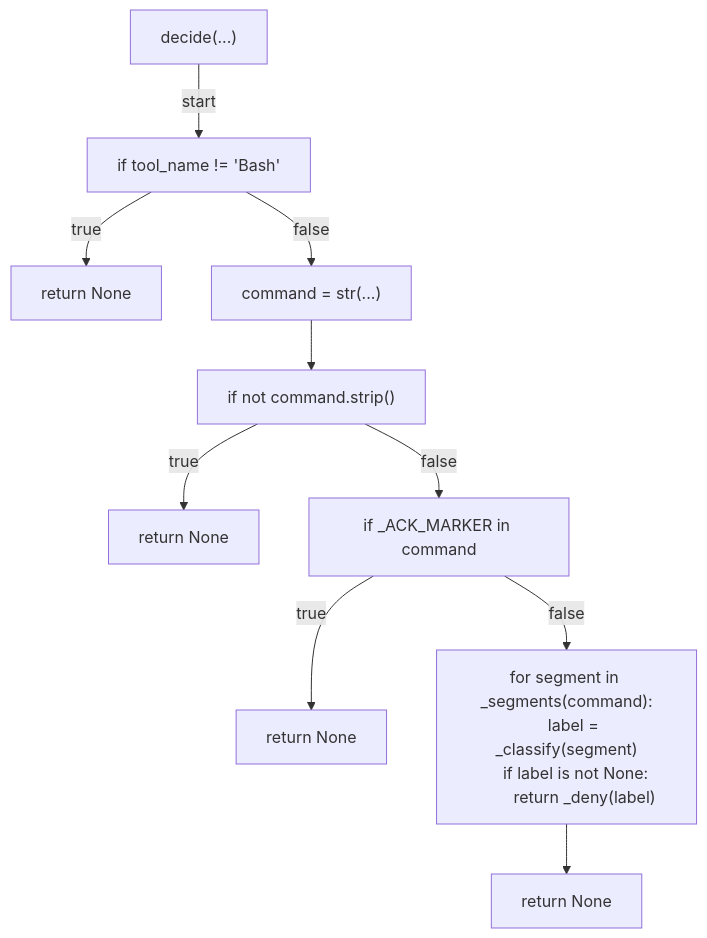
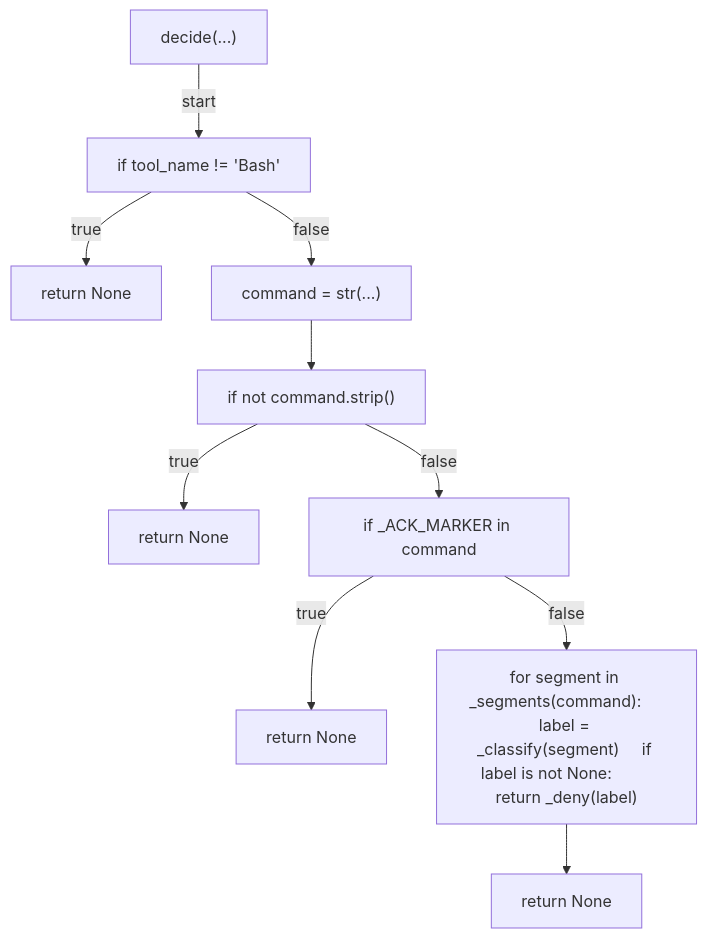
One commit to tvna/claude-md changed the ninth of 10 diagrams in docs/generated/scripts/ast/gate_irreversible_bash.md. Above: the diagram before and after it, drawn with Mermaid. The commit also changed other lines of this file and 30 other files, not shown here.

First line of the commit message:
docs(generated): regenerate decision tree and workflow diagrams (batch 2/5)

````diff
--- a/docs/generated/scripts/ast/gate_irreversible_bash.md
+++ b/docs/generated/scripts/ast/gate_irreversible_bash.md
@@ -134,25 +133,22 @@
 ```mermaid
 flowchart TD
     N001["decide(...)"]
     N002["if tool_name != 'Bash'"]
     N003["return None"]
     N004["command = str(...)"]
     N005["if not command.strip()"]
     N006["return None"]
     N007["if _ACK_MARKER in command"]
     N008["return None"]
-    N009["for segment in _segments(command):
-    label = _classify(segment)
-    if label is not None:
-        return _deny(label)"]
+    N009["for segment in _segments(command):     label = _classify(segment)     if label is not None:         return _deny(label)"]
     N010["return None"]
     N001 -->|"start"| N002
     N002 -->|"true"| N003
     N002 -->|"false"| N004
     N004 --> N005
     N005 -->|"true"| N006
     N005 -->|"false"| N007
     N007 -->|"true"| N008
     N007 -->|"false"| N009
     N009 --> N010
 ```
````
